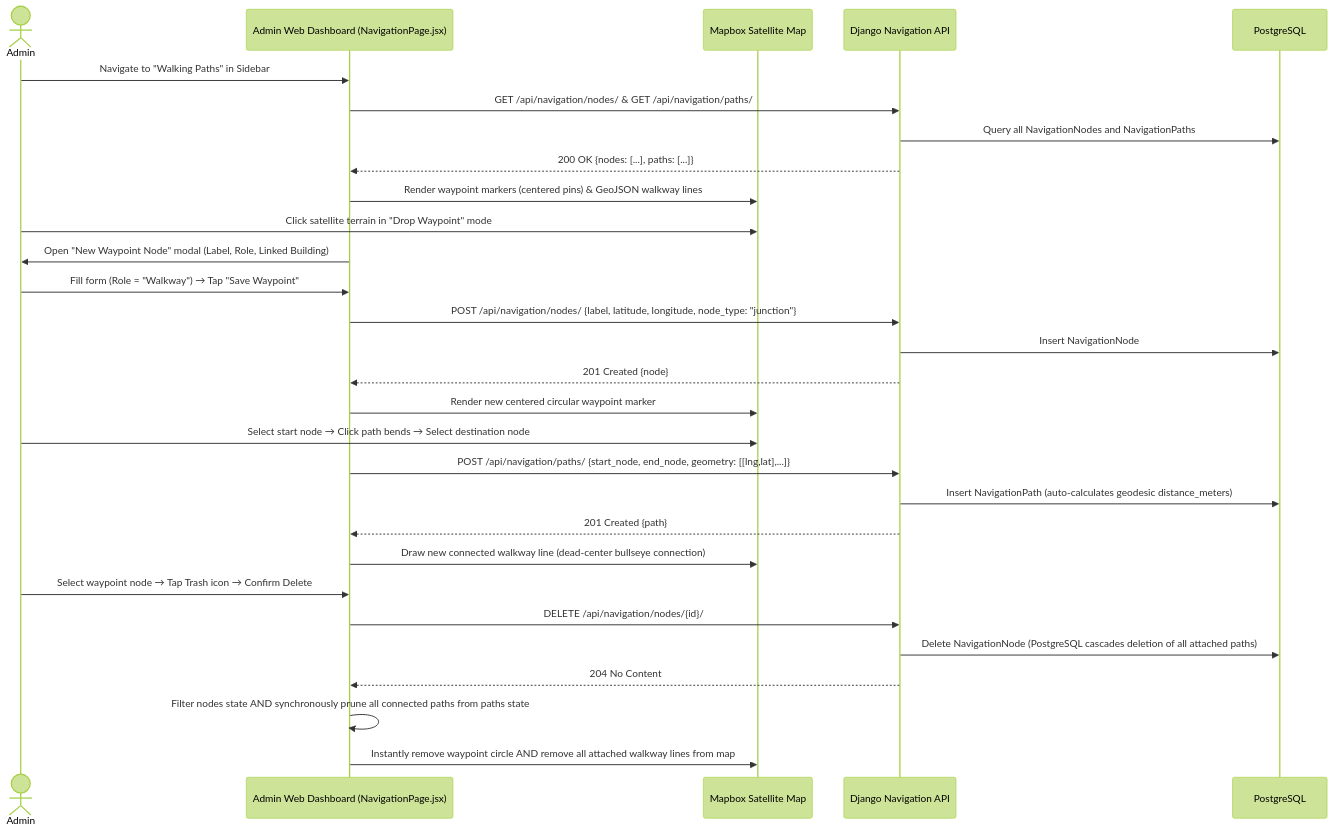
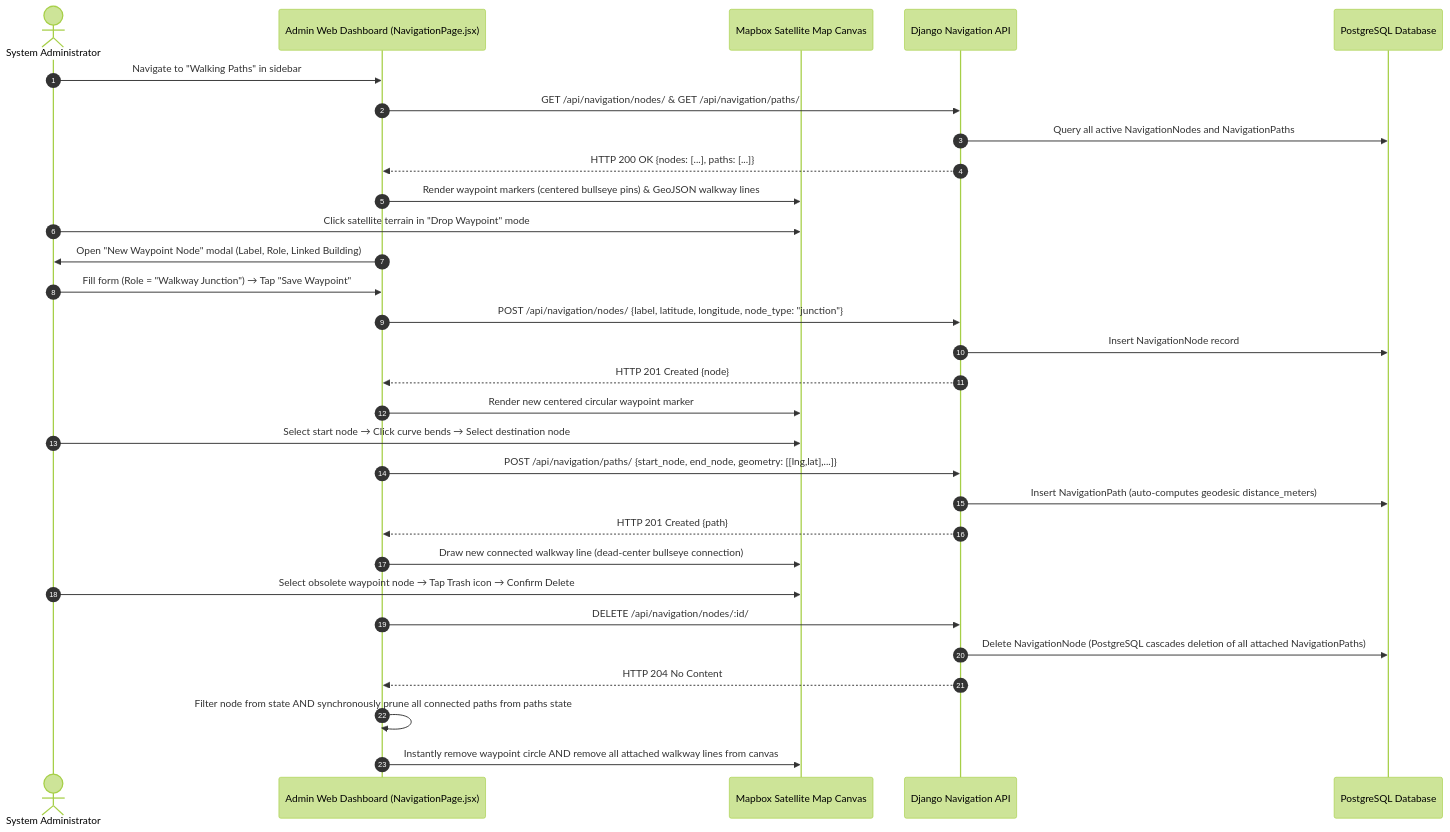
Before and after one commit to Cipher-Syntax/ARQuest: the tenth of 11 diagrams in data-flow.md, drawn with Mermaid (forest theme). The commit also changed other lines of this file and 8 other files, not shown here.

Commit message:
Updated: documentation + diagrams

````diff
--- a/data-flow.md
+++ b/data-flow.md
@@ -287,38 +337,39 @@
 ```mermaid
 sequenceDiagram
-    actor Admin
+    autonumber
+    actor Admin as System Administrator
     participant Web as Admin Web Dashboard (NavigationPage.jsx)
-    participant Map as Mapbox Satellite Map
+    participant Map as Mapbox Satellite Map Canvas
     participant API as Django Navigation API
-    participant DB as PostgreSQL
+    participant DB as PostgreSQL Database
 
-    Admin->>Web: Navigate to "Walking Paths" in Sidebar
+    Admin->>Web: Navigate to "Walking Paths" in sidebar
     Web->>API: GET /api/navigation/nodes/ & GET /api/navigation/paths/
-    API->>DB: Query all NavigationNodes and NavigationPaths
-    API-->>Web: 200 OK {nodes: [...], paths: [...]}
-    Web->>Map: Render waypoint markers (centered pins) & GeoJSON walkway lines
+    API->>DB: Query all active NavigationNodes and NavigationPaths
+    API-->>Web: HTTP 200 OK {nodes: [...], paths: [...]}
+    Web->>Map: Render waypoint markers (centered bullseye pins) & GeoJSON walkway lines
 
-    %% Node Creation
+    %% Waypoint Creation
     Admin->>Map: Click satellite terrain in "Drop Waypoint" mode
     Web->>Admin: Open "New Waypoint Node" modal (Label, Role, Linked Building)
-    Admin->>Web: Fill form (Role = "Walkway") → Tap "Save Waypoint"
+    Admin->>Web: Fill form (Role = "Walkway Junction") → Tap "Save Waypoint"
     Web->>API: POST /api/navigation/nodes/ {label, latitude, longitude, node_type: "junction"}
-    API->>DB: Insert NavigationNode
-    API-->>Web: 201 Created {node}
+    API->>DB: Insert NavigationNode record
+    API-->>Web: HTTP 201 Created {node}
     Web->>Map: Render new centered circular waypoint marker
 
     %% Pathway Drawing
-    Admin->>Map: Select start node → Click path bends → Select destination node
+    Admin->>Map: Select start node → Click curve bends → Select destination node
     Web->>API: POST /api/navigation/paths/ {start_node, end_node, geometry: [[lng,lat],...]}
-    API->>DB: Insert NavigationPath (auto-calculates geodesic distance_meters)
-    API-->>Web: 201 Created {path}
+    API->>DB: Insert NavigationPath (auto-computes geodesic distance_meters)
+    API-->>Web: HTTP 201 Created {path}
     Web->>Map: Draw new connected walkway line (dead-center bullseye connection)
 
     %% Waypoint Deletion & Auto-Pruning
-    Admin->>Web: Select waypoint node → Tap Trash icon → Confirm Delete
-    Web->>API: DELETE /api/navigation/nodes/{id}/
-    API->>DB: Delete NavigationNode (PostgreSQL cascades deletion of all attached paths)
-    API-->>Web: 204 No Content
-    Web->>Web: Filter nodes state AND synchronously prune all connected paths from paths state
-    Web->>Map: Instantly remove waypoint circle AND remove all attached walkway lines from map
+    Admin->>Map: Select obsolete waypoint node → Tap Trash icon → Confirm Delete
+    Web->>API: DELETE /api/navigation/nodes/:id/
+    API->>DB: Delete NavigationNode (PostgreSQL cascades deletion of all attached NavigationPaths)
+    API-->>Web: HTTP 204 No Content
+    Web->>Web: Filter node from state AND synchronously prune all connected paths from paths state
+    Web->>Map: Instantly remove waypoint circle AND remove all attached walkway lines from canvas
 ```
````
